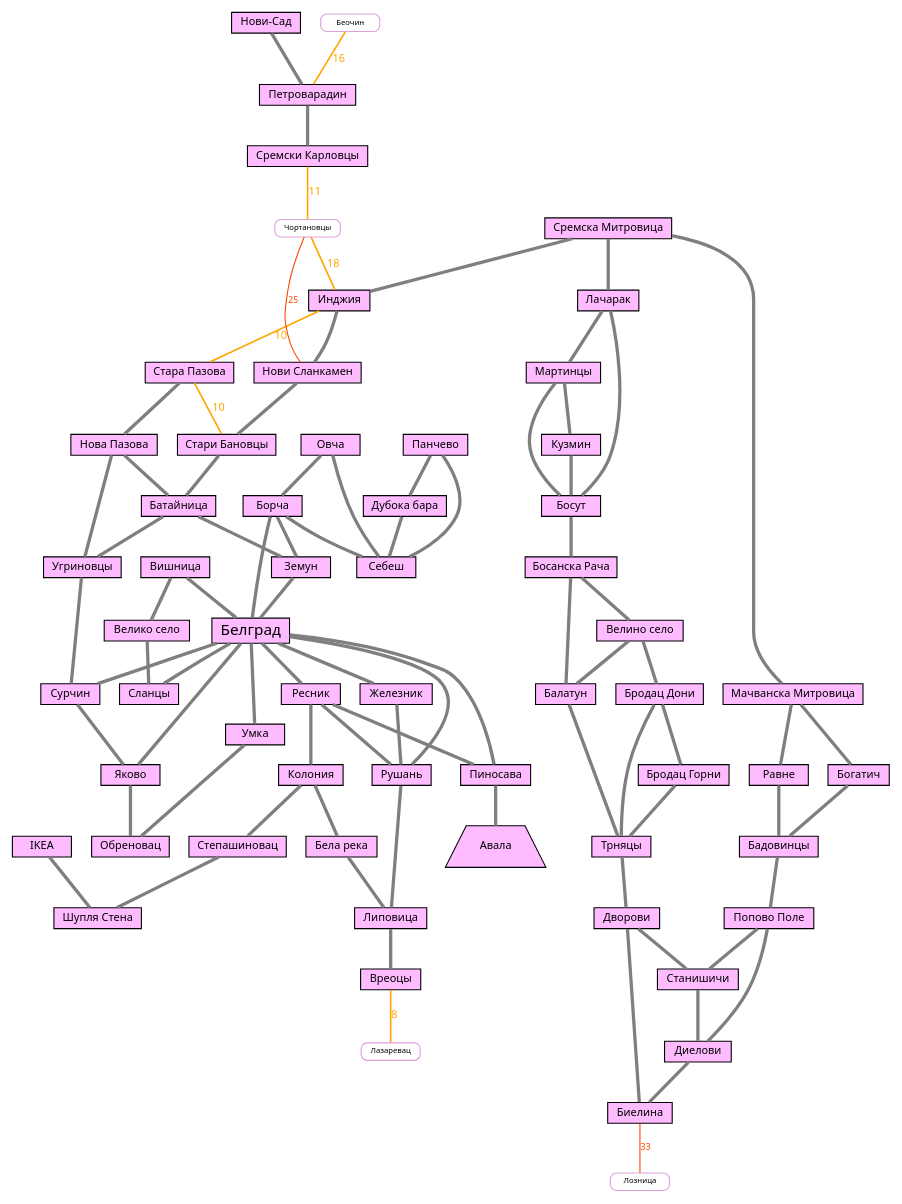
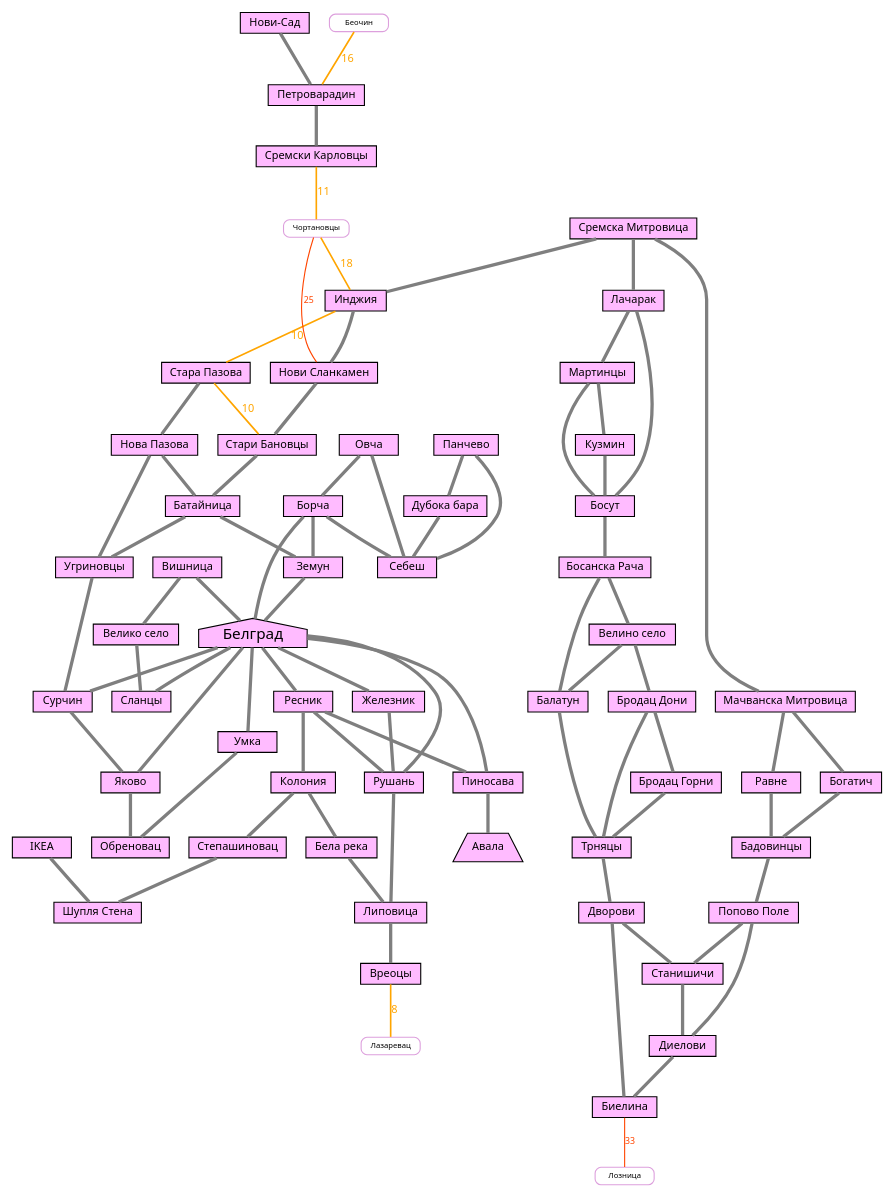
The diagram in serbia.dot (shoorick/bike-area), drawn with Graphviz before and after one commit. The commit also changed 1 other file, not shown here.

Commit message:
Try do decrease margin

```diff
--- a/serbia.dot
+++ b/serbia.dot
@@ -1,75 +1,75 @@
 graph G {
     node [ shape=box, fontsize=10, fontname="Noto Sans,sans", style=filled, height=0.2 ]
     edge [ color=gray50, penwidth=3, fontname="Noto Sans,sans" ]
     graph [ overlap=false ]
 
     subgraph belgrade {
     node [ fillcolor=plum1 ]
-    Белград [ fontsize=14 ]
-    Авала [shape=trapezium]
+    Белград [ shape=house, fontsize=14, margin=0.01 ]
+    Авала [ shape=trapezium, margin=0.01 ]
 
     "Стара Пазова" -- "Нова Пазова" -- Батайница -- Земун -- Белград
     Белград -- {Ресник Рушань Сланцы Сурчин}
     Вишница -- "Велико село" -- Сланцы
     Вишница -- Белград
     Ресник -- Рушань -- Липовица -- Вреоцы
     Ресник -- Пиносава
     Ресник -- Колония -- "Бела река" -- Липовица
     Колония -- Степашиновац -- "Шупля Стена"
     IKEA -- "Шупля Стена"
     Белград -- Пиносава -- Авала
     Белград -- Железник -- Рушань
     "Сремска Митровица" -- Инджия -- "Нови Сланкамен" -- "Стари Бановцы" -- Батайница
     "Нова Пазова" -- Угриновцы
     Батайница -- Угриновцы -- Сурчин -- Яково
     Овча -- Борча -- Белград -- Яково -- Обреновац
     Белград -- Умка -- Обреновац
     Овча -- Себеш
     Борча -- Себеш
     Борча -- Земун
     Панчево -- Себеш
     Панчево -- "Дубока бара" -- Себеш
 
     "Сремска Митровица" -- Лачарак -- Мартинцы -- Кузмин -- Босут
     Лачарак -- Босут
     Мартинцы -- Босут -- "Босанска Рача" -- Балатун -- Трняцы
     "Босанска Рача" -- "Велино село" -- "Бродац Дони" -- "Бродац Горни" -- Трняцы
     "Велино село" -- Балатун
     "Бродац Дони" -- Трняцы -- Дворови -- Биелина
     Дворови -- Станишичи -- Диелови -- Биелина
     "Сремска Митровица" -- "Мачванска Митровица" -- { Равне Богатич } -- Бадовинцы
     Бадовинцы -- "Попово Поле" -- Станишичи
     "Попово Поле" -- Диелови
 
     "Нови-Сад" -- Петроварадин -- "Сремски Карловцы"
 }
 
 subgraph failed {
     node [ shape=Mrecord,fillcolor=white,color=plum,fontsize=7, height=0.1 ]
 
     // Ближайшие — можно пройти за час, до 15-20 км
     edge [ color=orange, fontcolor=orange, fontsize=10, penwidth=1.5 ]
     Инджия -- "Стара Пазова" [ label=10 ]
     "Стара Пазова" -- "Стари Бановцы" [ label=10 ]
     Вреоцы -- Лазаревац [ label=8 ]
 
     Беочин -- Петроварадин [ label=16 ]
     "Сремски Карловцы" -- Чортановцы [ label=11 ]
     Чортановцы -- Инджия [ label=18 ]
 
     // Ближние, до 40 км
     edge [ color=orangered, fontcolor=orangered, fontsize=8, penwidth=1 ]
     Чортановцы -- "Нови Сланкамен" [ label=25 ]
     Биелина -- Лозница [ label=33 ]
 
     // Средние — можно пройти за день
     // edge [ color=red, fontcolor=red, style="dashed" ]
 
     // Дальние (от 100 км)
     //edge [ color=plum, fontcolor=plum, style="dotted" ]
 
     // Самые дальние — нереально проехать
     // edge [ color=skyblue, fontcolor=skyblue ]
 }
 
 }
```
